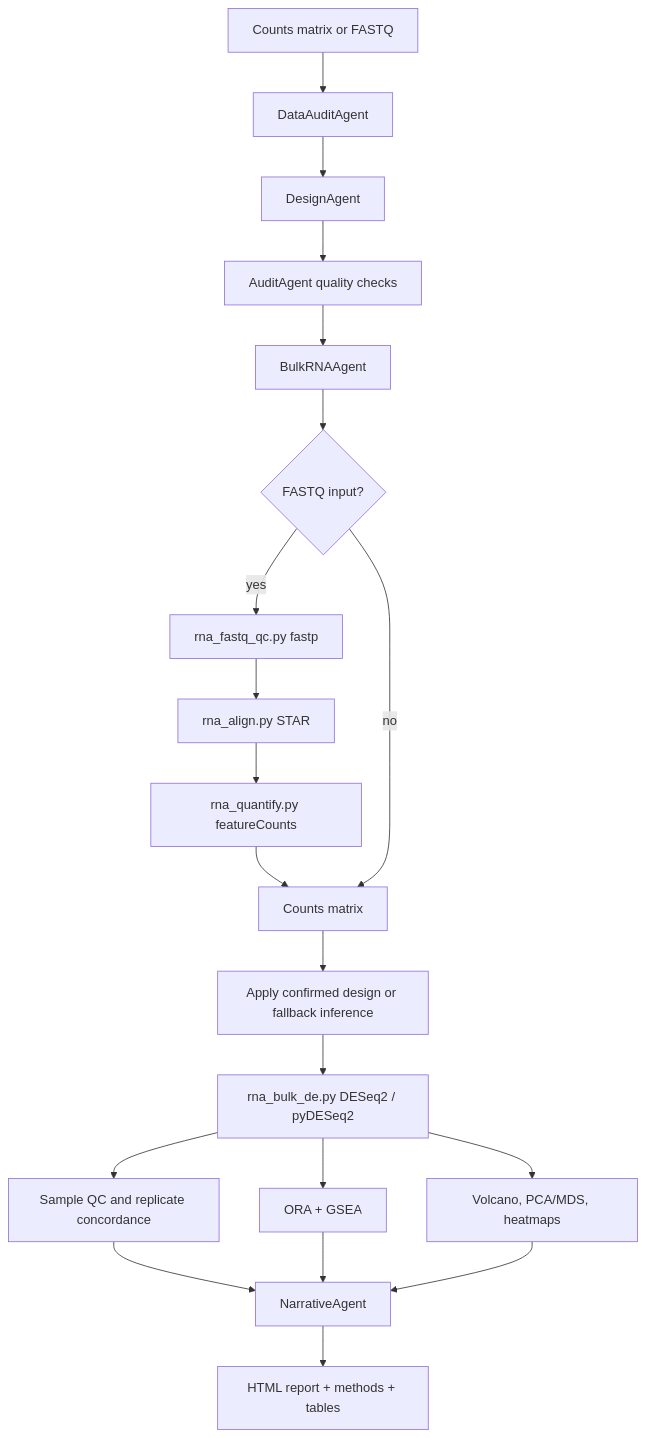
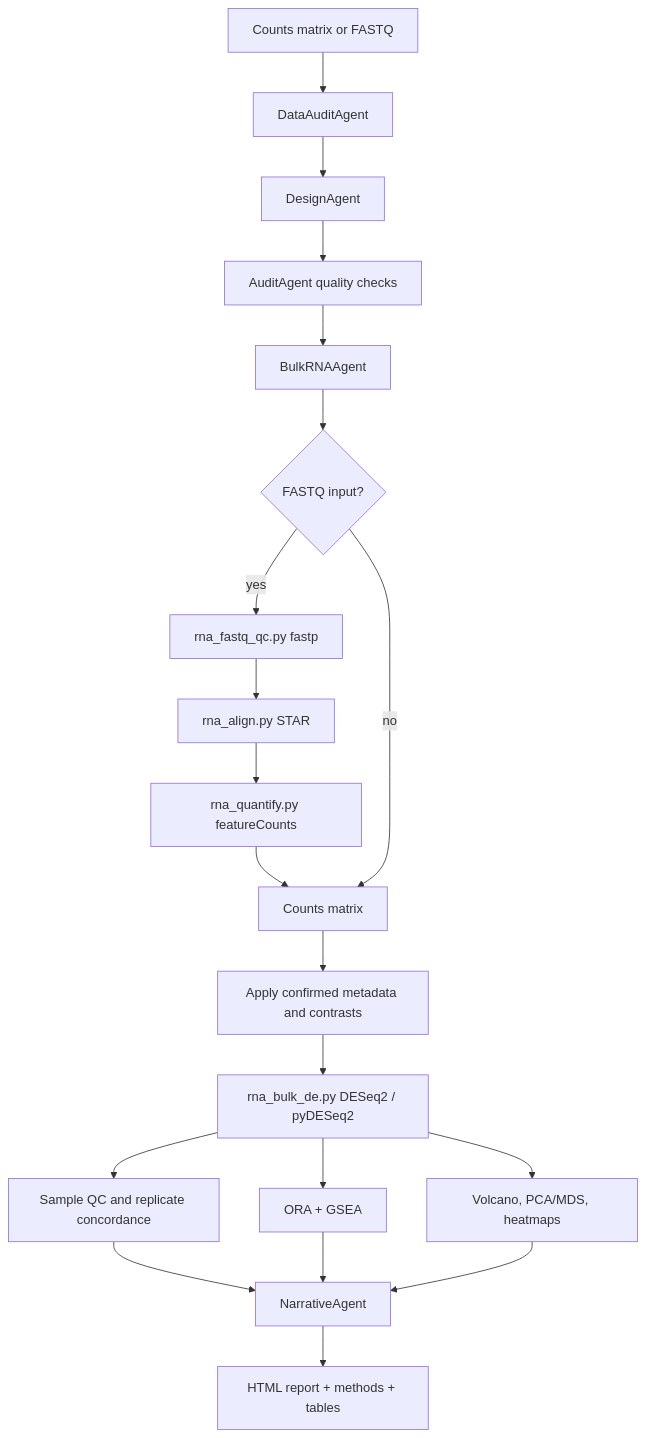
Before and after one commit to Olascoaga/aria-omics: the diagram in docs/workflows/bulk_rna.md, drawn with Mermaid. The commit also changed other lines of this file and 19 other files, not shown here.

````diff
--- a/docs/workflows/bulk_rna.md
+++ b/docs/workflows/bulk_rna.md
@@ -36,22 +36,22 @@
 ```mermaid
 flowchart TD
     I[Counts matrix or FASTQ] --> DA[DataAuditAgent]
     DA --> D[DesignAgent]
     D --> A[AuditAgent quality checks]
     A --> BR[BulkRNAAgent]
     BR --> T{FASTQ input?}
     T -->|yes| FQ[rna_fastq_qc.py fastp]
     FQ --> ALN[rna_align.py STAR]
     ALN --> QNT[rna_quantify.py featureCounts]
     QNT --> COUNTS[Counts matrix]
     T -->|no| COUNTS
-    COUNTS --> DESIGN[Apply confirmed design or fallback inference]
+    COUNTS --> DESIGN[Apply confirmed metadata and contrasts]
     DESIGN --> DE[rna_bulk_de.py DESeq2 / pyDESeq2]
     DE --> QC[Sample QC and replicate concordance]
     DE --> PW[ORA + GSEA]
     DE --> FIG[Volcano, PCA/MDS, heatmaps]
     QC --> N[NarrativeAgent]
     PW --> N[NarrativeAgent]
     FIG --> N
     N --> R[HTML report + methods + tables]
 ```
````
